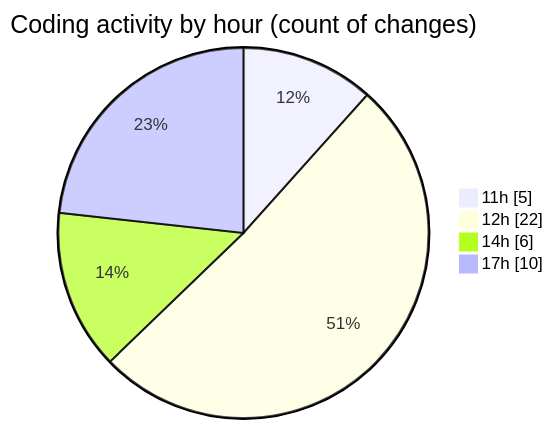
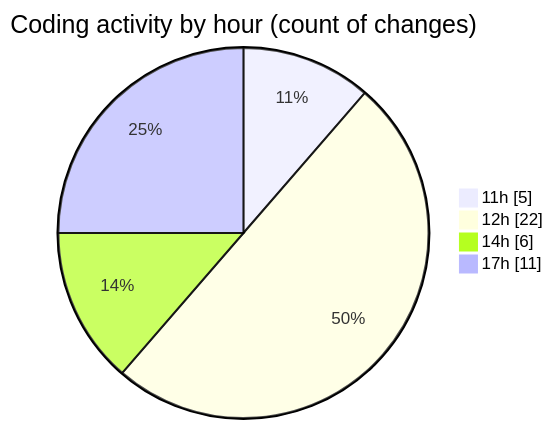
Before and after one commit to nxtqubesakshisongat/code-tracking: the second of 2 diagrams in 2026-01-19/nxtqube_webapp/README.md, drawn with Mermaid. The commit also changed other lines of this file and 1 other file, not shown here.

````diff
--- a/2026-01-19/nxtqube_webapp/README.md
+++ b/2026-01-19/nxtqube_webapp/README.md
@@ -36,8 +36,8 @@
 ```mermaid
 pie showData
 title Coding activity by hour (count of changes)
 "11h" : 5
 "12h" : 22
 "14h" : 6
-"17h" : 10
+"17h" : 11
 ```
````
